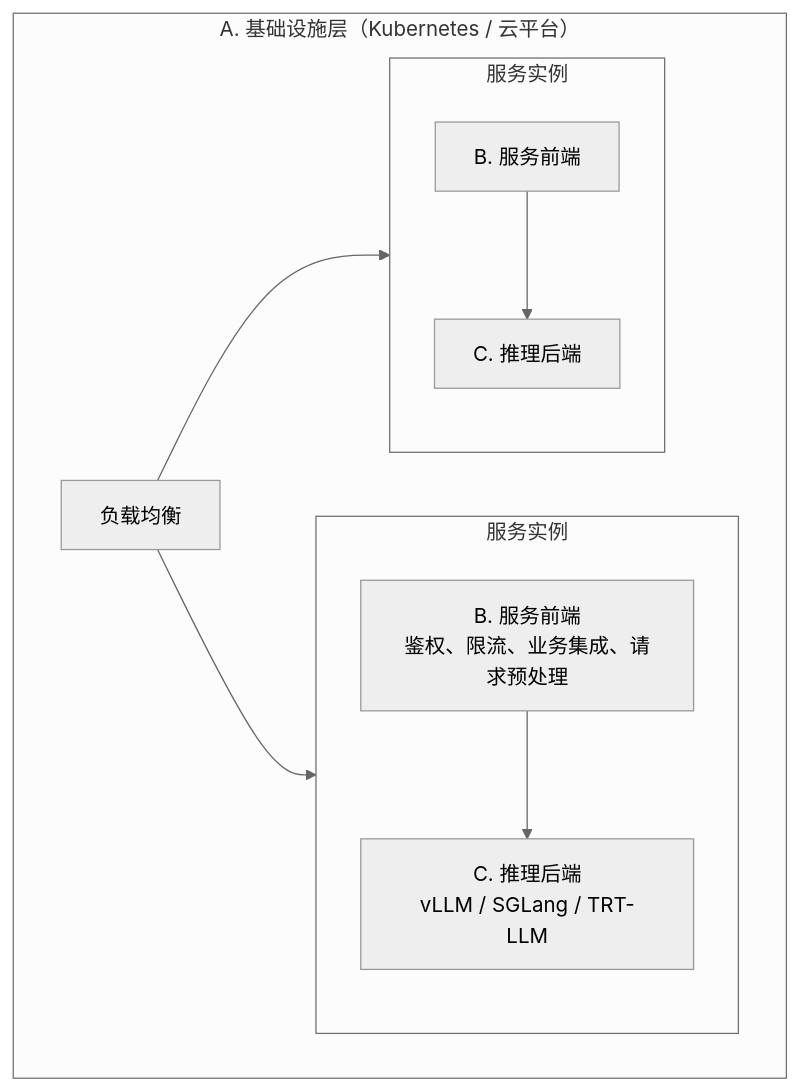
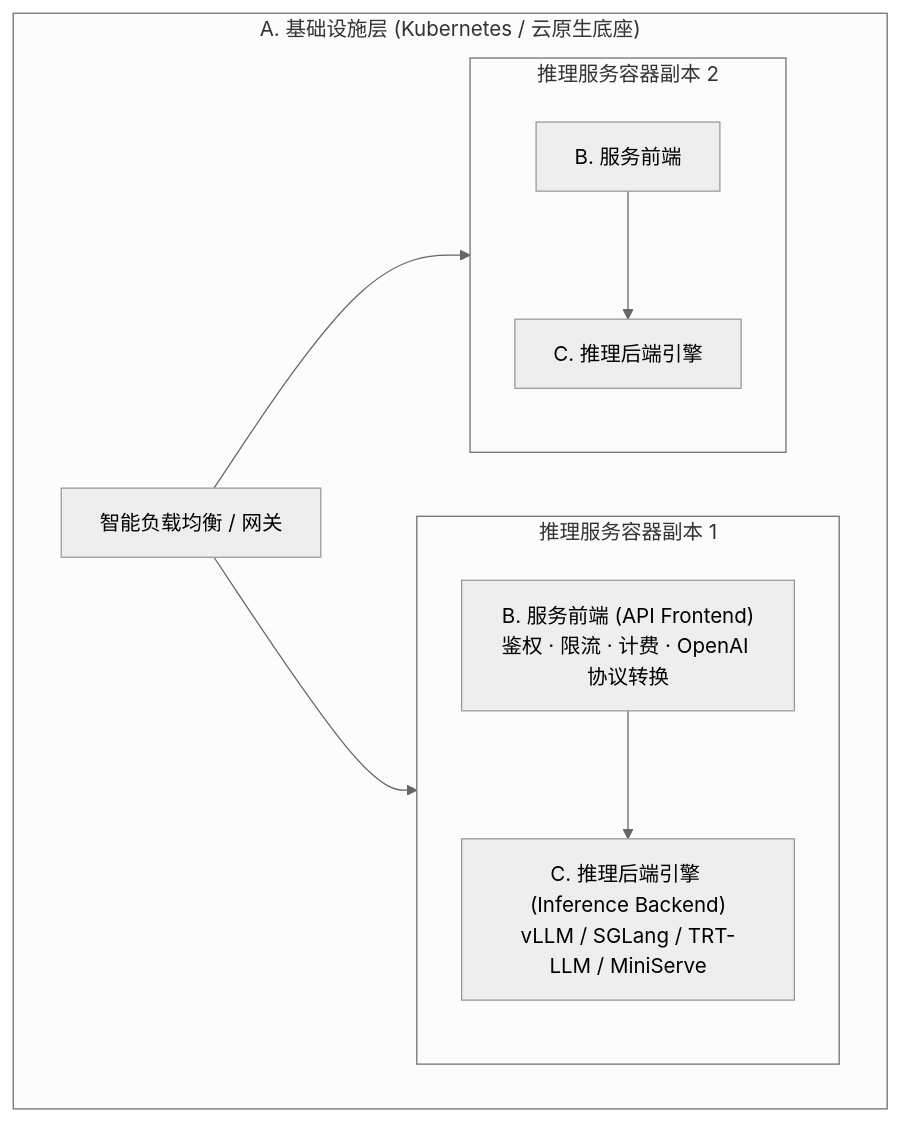
One commit to zrpxx/hands-on-llm-serving-opt changed the second of 2 diagrams in stage1/04-serving-from-scratch.md. Above: the diagram before and after it, drawn with Mermaid (neutral theme). The commit also changed other lines of this file and 22 other files, not shown here.

````diff
--- a/stage1/04-serving-from-scratch.md
+++ b/stage1/04-serving-from-scratch.md
@@ -124,12 +158,12 @@
 ```mermaid
 flowchart TB
-  subgraph A["A. 基础设施层（Kubernetes / 云平台）"]
-    LB[负载均衡] --> I1 & I2
-    subgraph I1["服务实例"]
-      FE1["B. 服务前端<br/>鉴权、限流、业务集成、请求预处理"] --> BE1["C. 推理后端<br/>vLLM / SGLang / TRT-LLM"]
+  subgraph L1["A. 基础设施层 (Kubernetes / 云原生底座)"]
+    LB["智能负载均衡 / 网关"] --> P1 & P2
+    subgraph P1["推理服务容器副本 1"]
+      FE1["B. 服务前端 (API Frontend)<br/>鉴权 · 限流 · 计费 · OpenAI 协议转换"] --> BE1["C. 推理后端引擎 (Inference Backend)<br/>vLLM / SGLang / TRT-LLM / MiniServe"]
     end
-    subgraph I2["服务实例"]
-      FE2["B. 服务前端"] --> BE2["C. 推理后端"]
+    subgraph P2["推理服务容器副本 2"]
+      FE2["B. 服务前端"] --> BE2["C. 推理后端引擎"]
     end
   end
 ```
````
